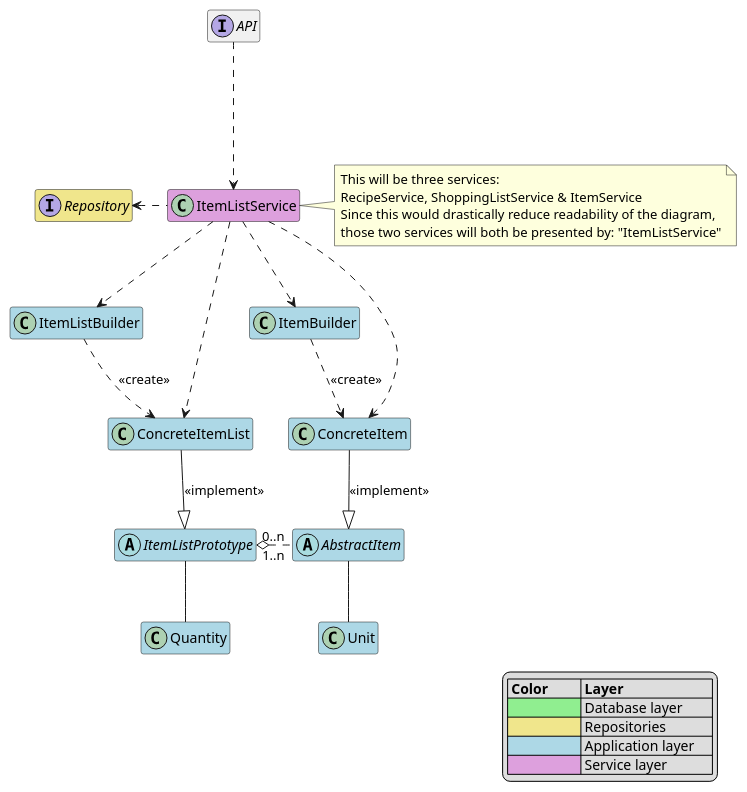
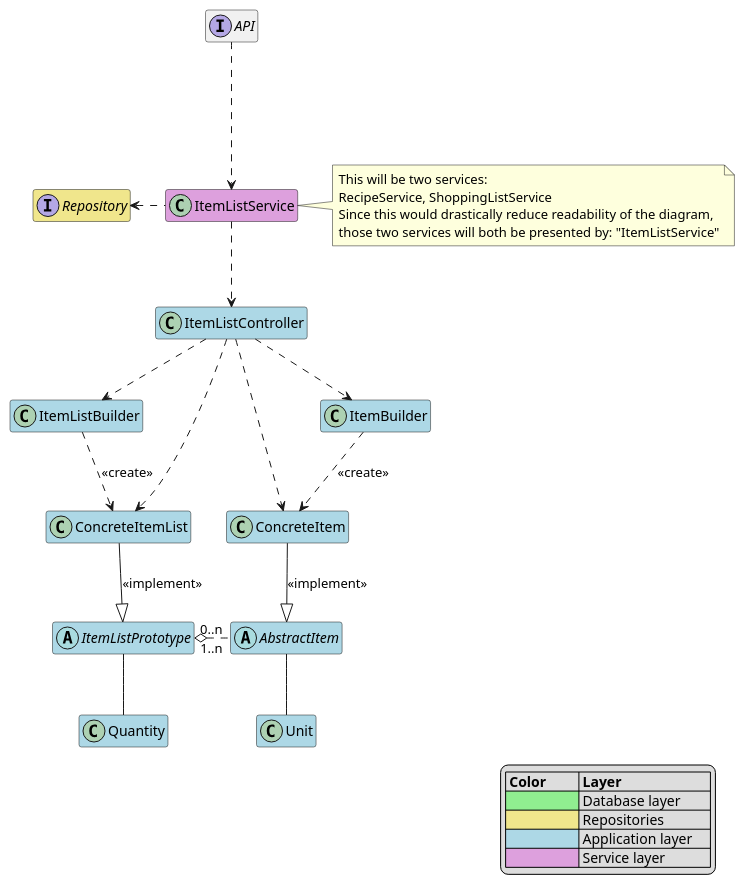
The diagram in Architecture/Application/BlackboxViewApplication.puml (Uhgtred/Recipe_Shopping_List), drawn with PlantUML before and after one commit. The commit also changed 16 other files, not shown here.

```diff
--- a/Architecture/Application/BlackboxViewApplication.puml
+++ b/Architecture/Application/BlackboxViewApplication.puml
@@ -1,57 +1,61 @@
 @startuml
 hide empty members
 
 
 interface API
 API ...> ItemListService
 
 
 class ItemListBuilder #lightblue
 ItemListBuilder ..> ConcreteItemList: <<create>>
+
+class ItemListController #lightblue
+ItemListController ..> ConcreteItemList
+ItemListController ..> ConcreteItem
+ItemListController ..> ItemListBuilder
+ItemListController ..> ItemBuilder
+
+'class RecipeController
+'RecipeController ..> ConcreteItemList
+'RecipeController ..> ConcreteItem
+'RecipeController ..> ItemListBuilder
+'RecipeController ..> ItemBuilder
 
 class ConcreteItemList #lightblue
 ConcreteItemList -d-|> ItemListPrototype: <<implement>>
 
 class ItemBuilder #lightblue
 ItemBuilder ..> ConcreteItem: <<create>>
 
 class ConcreteItem #lightblue
 ConcreteItem --|> AbstractItem: <<implement>>
 
 abstract class AbstractItem #lightblue
 AbstractItem "1..n" .l.o "0..n" ItemListPrototype
 AbstractItem -- Unit
 
 class Unit #lightblue
 
 interface Repository #khaki
 
-' This will be two services actually:
-'   RecipeService
-'   ShoppingListService
-'   ItemService
-' Since this would drastically reduce readability of the diagram those two services will both be
-' presented by "ItemListService"
 class ItemListService #plum {
 }
 ItemListService .l.> Repository
-ItemListService ..> ItemListBuilder
-ItemListService ..> ItemBuilder
-ItemListService ..> ConcreteItemList
-ItemListService ..> ConcreteItem
+ItemListService ..> ItemListController
+'ItemListService ..> RecipeController
 
-note right of ItemListService: This will be three services: \nRecipeService, ShoppingListService & ItemService \nSince this would drastically reduce readability of the diagram, \nthose two services will both be presented by: "ItemListService"
+note right of ItemListService: This will be two services: \nRecipeService, ShoppingListService \nSince this would drastically reduce readability of the diagram, \nthose two services will both be presented by: "ItemListService"
 
 abstract class ItemListPrototype #lightblue
 ItemListPrototype -- Quantity
 
 class Quantity #lightblue
 
 legend bottom right
 | **Color**         | **Layer**             |
 | <#lightgreen>     | Database layer        |
 | <#khaki>          | Repositories          |
 | <#lightblue>      | Application layer     |
 | <#plum>           | Service layer         |
 end legend
 @enduml
```
